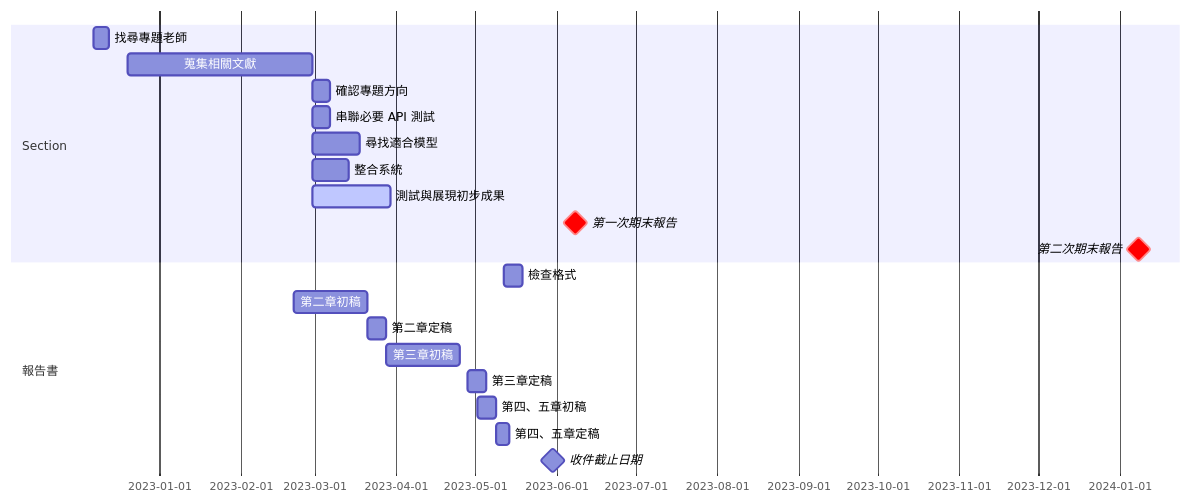
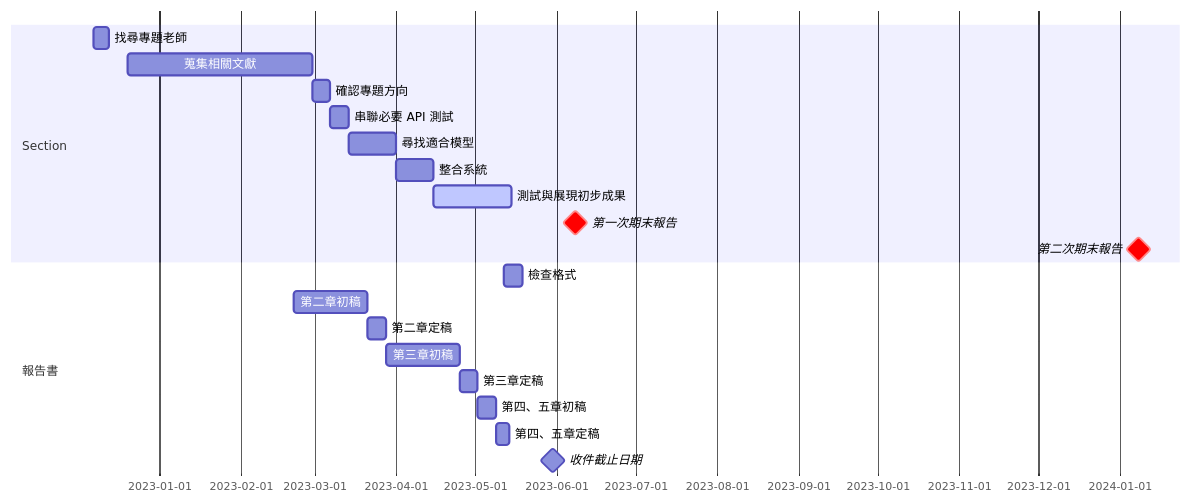
One commit to kakeru13468/A02_AI_Video_Generation changed the third of 3 diagrams in README.md. Above: the diagram before and after it, drawn with Mermaid.

Commit message:
modify the Gantt chart

````diff
--- a/README.md
+++ b/README.md
@@ -42,26 +42,26 @@
 ```mermaid
 gantt
     todayMarker
     dateFormat  YYYY-MM-DD
 
     section Section
-    找尋專題老師       : a1, 2022-12-07, 6d
-    蒐集相關文獻      : a1, 2022-12-20, 70d
-    確認專題方向      : after a1, 7d
-    串聯必要 API 測試 : after a1, 7d
-    尋找適合模型         : after a1, 18d
-    整合系統             : after a1, 14d
-    測試與展現初步成果  : active, after a1, 30d
+    找尋專題老師       :  2022-12-07, 6d
+    蒐集相關文獻      : 2022-12-20, 70d
+    確認專題方向      : 2023-02-28, 7d
+    串聯必要 API 測試 : 2023-03-07, 7d
+    尋找適合模型         : 2023-03-14, 18d
+    整合系統             : 2023-04-01, 14d
+    測試與展現初步成果  : active, 2023-04-15, 30d
     第一次期末報告       : crit, milestone, 2023-06-08,  8min
     第二次期末報告       : crit, milestone, 2024-01-08,  8min %%FIXME
 
     section 報告書
     檢查格式             : 2023-05-12, 1w
     第二章初稿          : 2023-02-21, 28d
     第二章定稿          : 2023-03-21, 1w
     第三章初稿          : 2023-03-28, 28d
-    第三章定稿          : 2023-04-28, 1w
+    第三章定稿          : 2023-04-25, 1w
     第四、五章初稿          : activate, 2023-05-02, 1w
     第四、五章定稿          : 2023-05-09, 5d
     收件截止日期          : milestone, 2023-05-30, 1d
 ```
````
